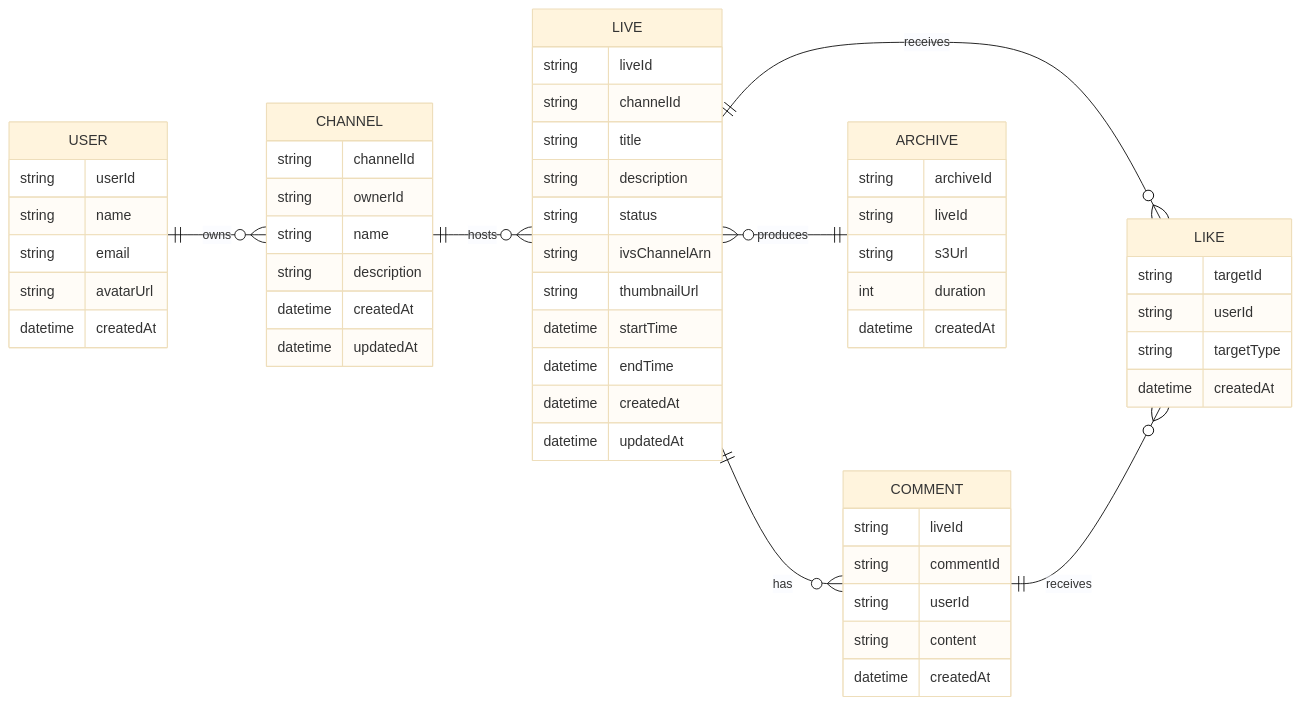
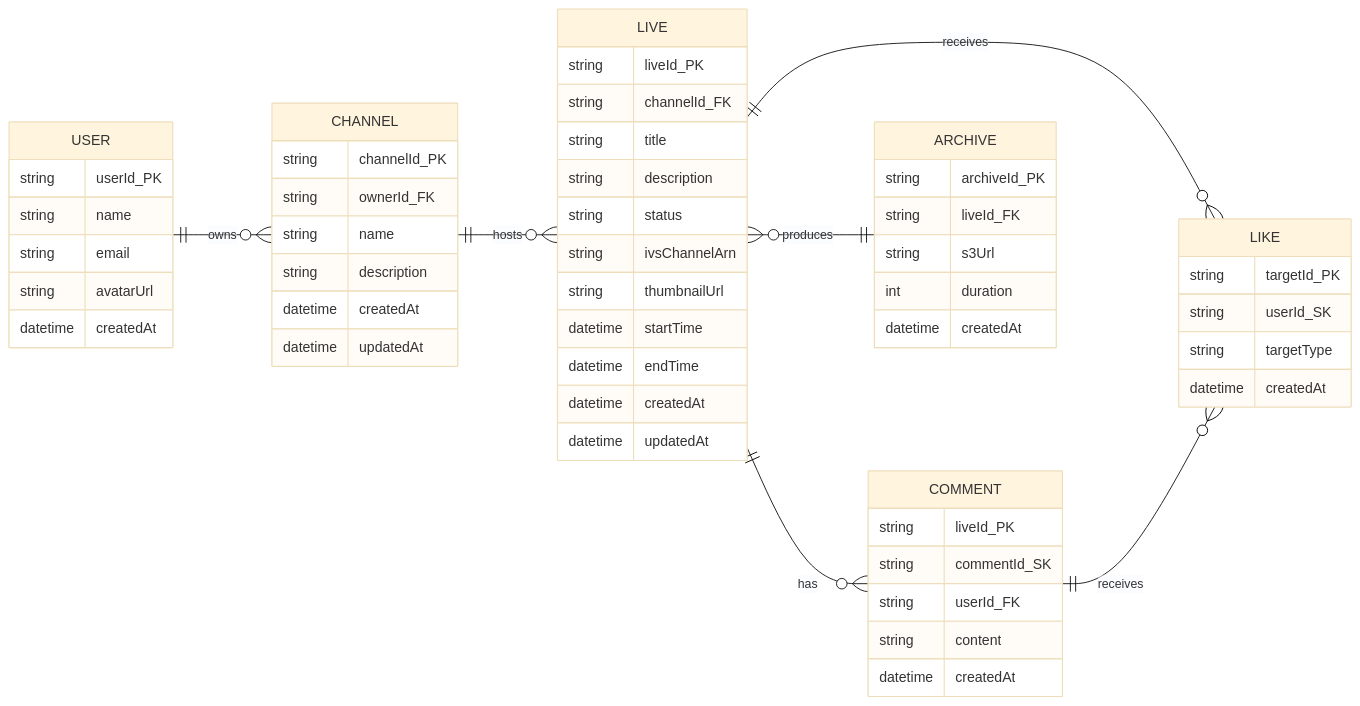
Before and after one commit to Syota622/cdk_live: the diagram in design/DB/ER図.md, drawn with Mermaid (base theme).

Commit message:
カラムにpkなどを付与する

````diff
--- a/design/DB/ER図.md
+++ b/design/DB/ER図.md
@@ -1,67 +1,68 @@
 ```mermaid
 erDiagram
 
   direction LR
 
-  USER ||--o{ CHANNEL : owns
-  CHANNEL ||--o{ LIVE : hosts
-  LIVE ||--o{ COMMENT : has
-  LIVE }o--|| ARCHIVE : produces
-  LIVE ||--o{ LIKE : receives
-  COMMENT ||--o{ LIKE : receives
-
   USER {
-    string userId
+    string userId_PK
     string name
     string email
     string avatarUrl
     datetime createdAt
   }
 
   CHANNEL {
-    string channelId
-    string ownerId
+    string channelId_PK
+    string ownerId_FK
     string name
     string description
     datetime createdAt
     datetime updatedAt
   }
 
   LIVE {
-    string liveId
-    string channelId
+    string liveId_PK
+    string channelId_FK
     string title
     string description
     string status
     string ivsChannelArn
     string thumbnailUrl
     datetime startTime
     datetime endTime
     datetime createdAt
     datetime updatedAt
   }
 
   COMMENT {
-    string liveId
-    string commentId
-    string userId
+    string liveId_PK
+    string commentId_SK
+    string userId_FK
     string content
     datetime createdAt
   }
 
   ARCHIVE {
-    string archiveId
-    string liveId
+    string archiveId_PK
+    string liveId_FK
     string s3Url
     int duration
     datetime createdAt
   }
 
   LIKE {
-    string targetId
-    string userId
+    string targetId_PK
+    string userId_SK
     string targetType
     datetime createdAt
   }
 
+  USER ||--o{ CHANNEL : owns
+  CHANNEL ||--o{ LIVE : hosts
+  LIVE ||--o{ COMMENT : has
+  LIVE }o--|| ARCHIVE : produces
+  LIVE ||--o{ LIKE : receives
+  COMMENT ||--o{ LIKE : receives
+
+
 ```
````
